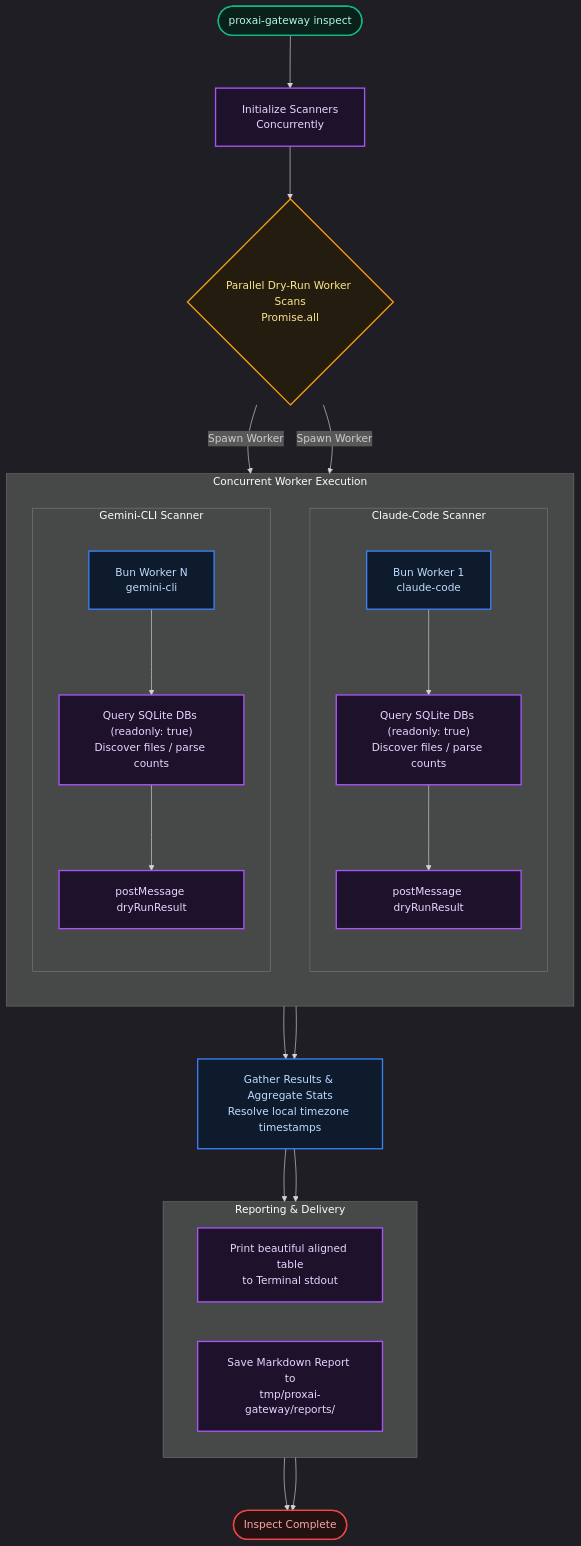
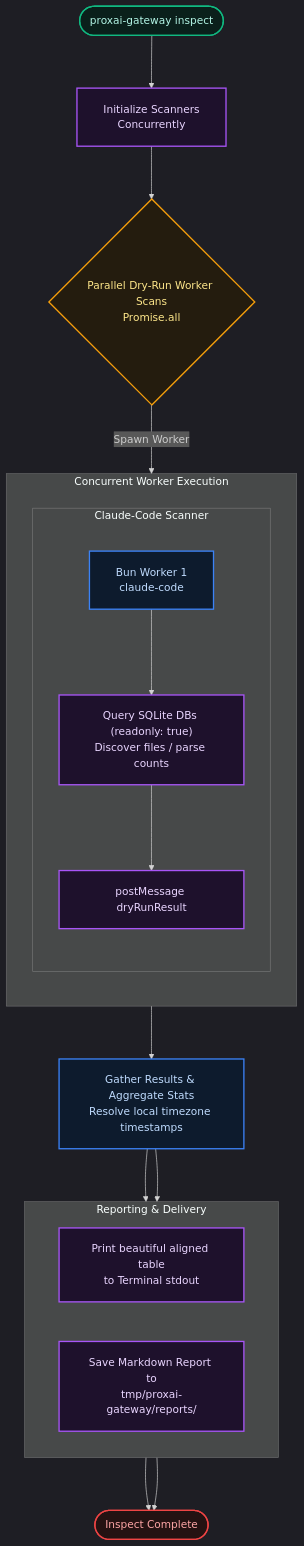
The third of 3 diagrams in docs/06-operations/6.3-cli-and-observability.md (proxai/proxai_gateway), drawn with Mermaid before and after one commit. The commit also changed other lines of this file and 83 other files, not shown here.

Commit message:
chore: remove deprecated gemini cli

````diff
--- a/docs/06-operations/6.3-cli-and-observability.md
+++ b/docs/06-operations/6.3-cli-and-observability.md
@@ -409,77 +409,65 @@
 ```mermaid
 %%{init: {'flowchart': {'useMaxWidth': false, 'htmlLabels': true, 'curve': 'basis', 'nodeSpacing': 60, 'rankSpacing': 80, 'padding': 20}, 'theme': 'dark'}}%%
 flowchart TD
   %% Nodes
   cmd(["proxai-gateway inspect"])
   init["Initialize Scanners<br/>Concurrently"]
   parallel{"Parallel Dry-Run Worker Scans<br/>Promise.all"}
 
   cmd --> init
   init --> parallel
 
   %% Parallel Workers Subgraph
   subgraph Workers["Concurrent Worker Execution"]
     direction TB
     subgraph ClaudePath["Claude-Code Scanner"]
       direction TB
       worker1["Bun Worker 1<br/>claude-code"]
       scan1["Query SQLite DBs (readonly: true)<br/>Discover files / parse counts"]
       msg1["postMessage dryRunResult"]
       worker1 --> scan1 --> msg1
     end
-    subgraph GeminiPath["Gemini-CLI Scanner"]
-      direction TB
-      workerN["Bun Worker N<br/>gemini-cli"]
-      scanN["Query SQLite DBs (readonly: true)<br/>Discover files / parse counts"]
-      msgN["postMessage dryRunResult"]
-      workerN --> scanN --> msgN
-    end
   end
 
   parallel -->|Spawn Worker| worker1
-  parallel -->|Spawn Worker| workerN
 
   %% Post-Execution / Aggregation
   gather["Gather Results & Aggregate Stats<br/>Resolve local timezone timestamps"]
 
   msg1 --> gather
-  msgN --> gather
 
   %% Symmetrical Delivery
   subgraph Deliver["Reporting & Delivery"]
     direction LR
     print["Print beautiful aligned table<br/>to Terminal stdout"]
     save["Save Markdown Report to<br/>tmp/proxai-gateway/reports/"]
   end
 
   gather --> print
   gather --> save
 
   done(["Inspect Complete"])
 
   print --> done
   save --> done
 
   %% Style Declarations
   classDef startNode fill:#0a201b,stroke:#10b981,stroke-width:2px,color:#b3f5e6;
   classDef stopNode fill:#241212,stroke:#ef4444,stroke-width:2px,color:#fca5a5;
   classDef decNode fill:#241c0e,stroke:#f59e0b,stroke-width:2px,color:#fde68a;
   classDef processNode fill:#0d1b2d,stroke:#3b82f6,stroke-width:2px,color:#bfdbfe;
   classDef actionNode fill:#1e112c,stroke:#a855f7,stroke-width:2px,color:#e9d5ff;
   classDef default fill:#0a201b,stroke:#14b8a6,stroke-width:2px,color:#ccfbf1;
 
   %% Class mappings
   class cmd startNode;
   class init actionNode;
   class parallel decNode;
   class worker1 processNode;
-  class workerN processNode;
   class scan1 actionNode;
-  class scanN actionNode;
   class msg1 actionNode;
-  class msgN actionNode;
   class gather processNode;
   class print actionNode;
   class save actionNode;
   class done stopNode;
 ```
````
